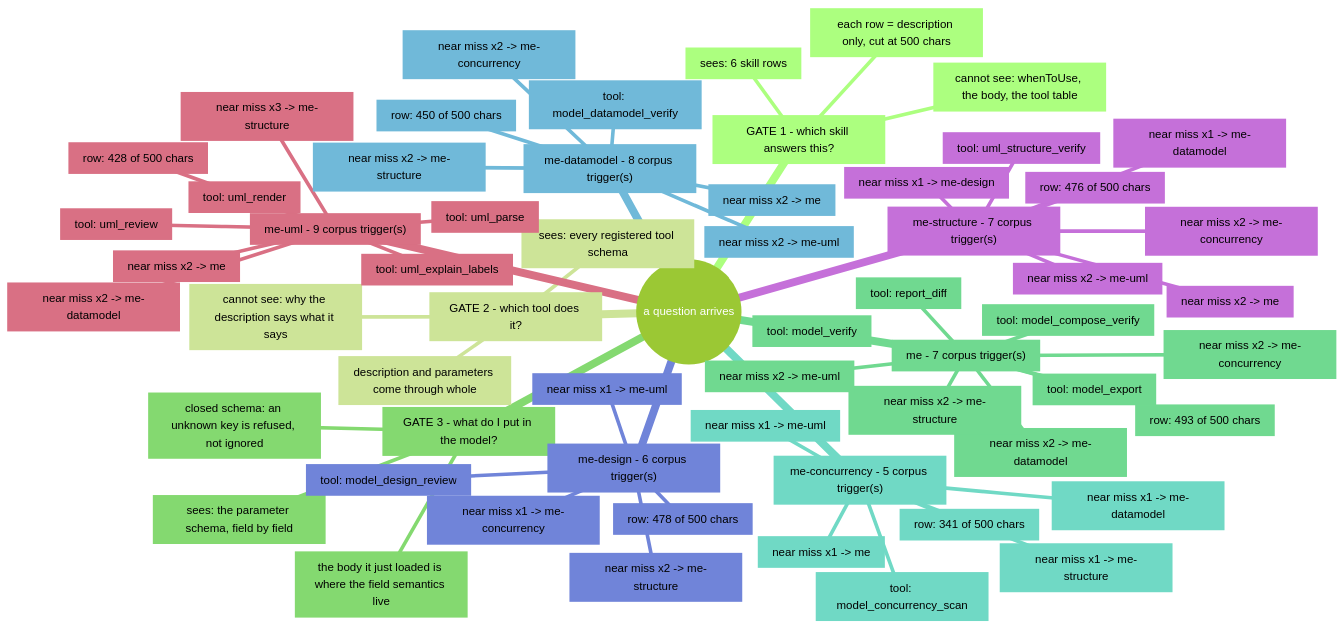
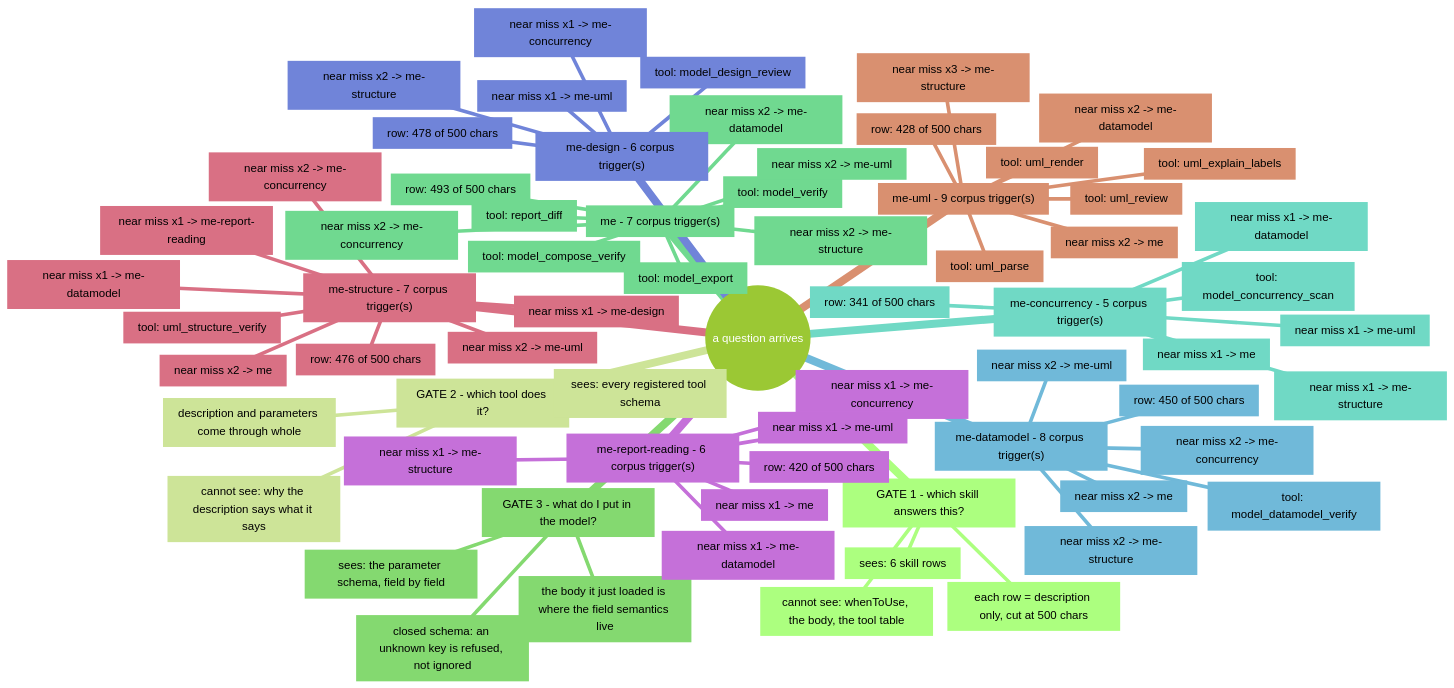
One commit to AmethystLuna/dsh-model-everything changed the diagram in docs/routing-map.md. Above: the diagram before and after it, drawn with Mermaid (forest theme). The commit also changed other lines of this file and 4 other files, not shown here.

````diff
--- a/docs/routing-map.md
+++ b/docs/routing-map.md
@@ -9,63 +9,71 @@
 ```mermaid
 mindmap
   root(("a question arrives"))
     gate1["GATE 1 - which skill answers this?"]
       sees1["sees: 6 skill rows"]
       budget["each row = description only, cut at 500 chars"]
       blind1["cannot see: whenToUse, the body, the tool table"]
     gate2["GATE 2 - which tool does it?"]
       sees2["sees: every registered tool schema"]
       whole["description and parameters come through whole"]
       blind2["cannot see: why the description says what it says"]
     gate3["GATE 3 - what do I put in the model?"]
       schema["sees: the parameter schema, field by field"]
       closed["closed schema: an unknown key is refused, not ignored"]
       story["the body it just loaded is where the field semantics live"]
     me["me - 7 corpus trigger(s)"]
       len["row: 493 of 500 chars"]
       model_verify["tool: model_verify"]
       model_compose_verify["tool: model_compose_verify"]
       model_export["tool: model_export"]
       report_diff["tool: report_diff"]
       model_everything_concurrency["near miss x2 -> me-concurrency"]
       model_everything_datamodel["near miss x2 -> me-datamodel"]
       model_everything_structure["near miss x2 -> me-structure"]
       model_everything_uml["near miss x2 -> me-uml"]
     me-concurrency["me-concurrency - 5 corpus trigger(s)"]
       len["row: 341 of 500 chars"]
       model_concurrency_scan["tool: model_concurrency_scan"]
       model_everything["near miss x1 -> me"]
       model_everything_datamodel["near miss x1 -> me-datamodel"]
       model_everything_uml["near miss x1 -> me-uml"]
       model_everything_structure["near miss x1 -> me-structure"]
     me-datamodel["me-datamodel - 8 corpus trigger(s)"]
       len["row: 450 of 500 chars"]
       model_datamodel_verify["tool: model_datamodel_verify"]
       model_everything_uml["near miss x2 -> me-uml"]
       model_everything_concurrency["near miss x2 -> me-concurrency"]
       model_everything["near miss x2 -> me"]
       model_everything_structure["near miss x2 -> me-structure"]
     me-design["me-design - 6 corpus trigger(s)"]
       len["row: 478 of 500 chars"]
       model_design_review["tool: model_design_review"]
       model_everything_structure["near miss x2 -> me-structure"]
       model_everything_uml["near miss x1 -> me-uml"]
       model_everything_concurrency["near miss x1 -> me-concurrency"]
+    me-report-reading["me-report-reading - 6 corpus trigger(s)"]
+      len["row: 420 of 500 chars"]
+      model_everything["near miss x1 -> me"]
+      model_everything_concurrency["near miss x1 -> me-concurrency"]
+      model_everything_datamodel["near miss x1 -> me-datamodel"]
+      model_everything_structure["near miss x1 -> me-structure"]
+      model_everything_uml["near miss x1 -> me-uml"]
     me-structure["me-structure - 7 corpus trigger(s)"]
       len["row: 476 of 500 chars"]
       uml_structure_verify["tool: uml_structure_verify"]
       model_everything_uml["near miss x2 -> me-uml"]
       model_everything_concurrency["near miss x2 -> me-concurrency"]
       model_everything["near miss x2 -> me"]
       model_everything_datamodel["near miss x1 -> me-datamodel"]
       model_everything_design["near miss x1 -> me-design"]
+      model_everything_report_reading["near miss x1 -> me-report-reading"]
     me-uml["me-uml - 9 corpus trigger(s)"]
       len["row: 428 of 500 chars"]
       uml_render["tool: uml_render"]
       uml_parse["tool: uml_parse"]
       uml_review["tool: uml_review"]
       uml_explain_labels["tool: uml_explain_labels"]
       model_everything_structure["near miss x3 -> me-structure"]
       model_everything["near miss x2 -> me"]
       model_everything_datamodel["near miss x2 -> me-datamodel"]
 ```
````
